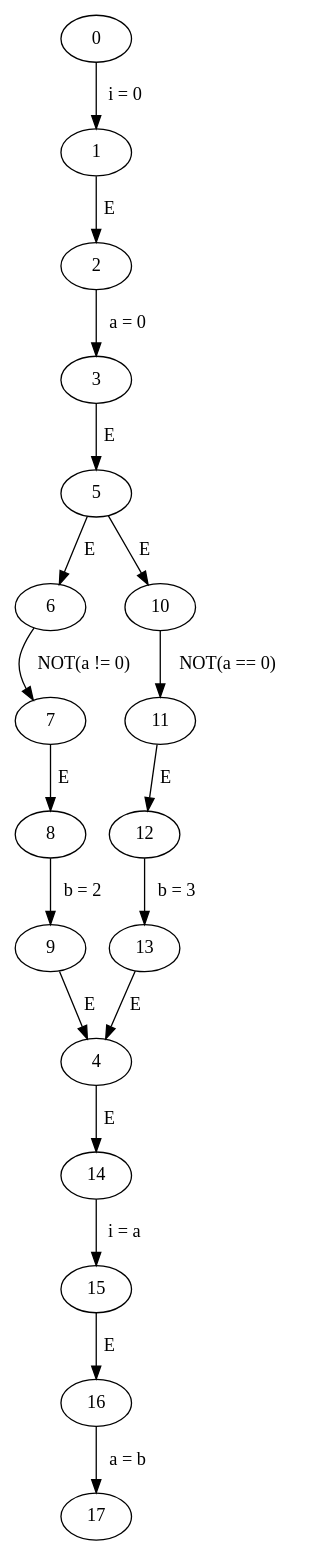
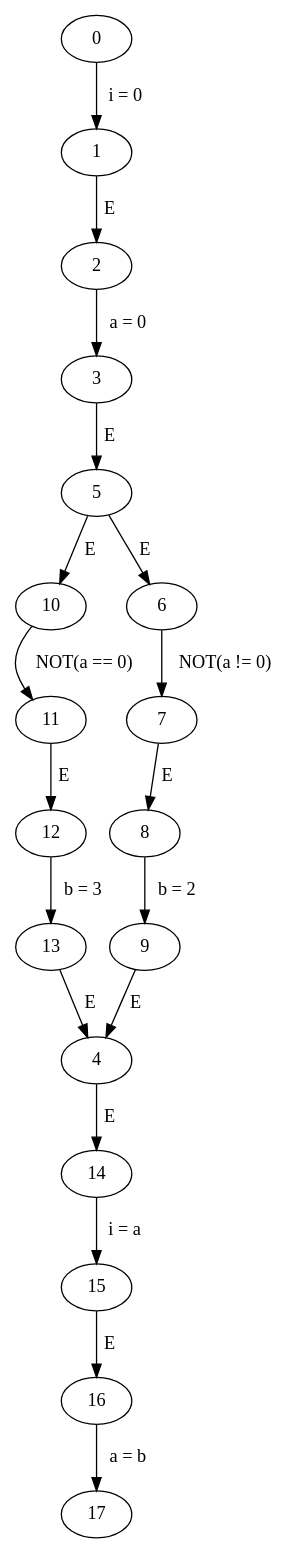
The diagram in code/graphs/if_NOT/if_NOT.gv (Harman309/project6), drawn with Graphviz before and after one commit. The commit also changed other lines of this file and 29 other files, not shown here.

```diff
--- a/code/graphs/if_NOT/if_NOT.gv
+++ b/code/graphs/if_NOT/if_NOT.gv
@@ -1,21 +1,21 @@
 // if_NOT
 digraph {
-	15 -> 16 [label=" E "]
-	6 -> 7 [label=" NOT(a != 0) "]
 	3 -> 5 [label=" E "]
-	13 -> 4 [label=" E "]
 	4 -> 14 [label=" E "]
-	14 -> 15 [label=" i = a "]
 	10 -> 11 [label=" NOT(a == 0) "]
 	5 -> 6 [label=" E "]
 	9 -> 4 [label=" E "]
+	13 -> 4 [label=" E "]
+	11 -> 12 [label=" E "]
 	8 -> 9 [label=" b = 2 "]
-	11 -> 12 [label=" E "]
+	12 -> 13 [label=" b = 3 "]
+	15 -> 16 [label=" E "]
 	1 -> 2 [label=" E "]
 	2 -> 3 [label=" a = 0 "]
-	16 -> 17 [label=" a = b "]
-	12 -> 13 [label=" b = 3 "]
 	7 -> 8 [label=" E "]
 	5 -> 10 [label=" E "]
+	14 -> 15 [label=" i = a "]
 	0 -> 1 [label=" i = 0 "]
+	16 -> 17 [label=" a = b "]
+	6 -> 7 [label=" NOT(a != 0) "]
 }
```
